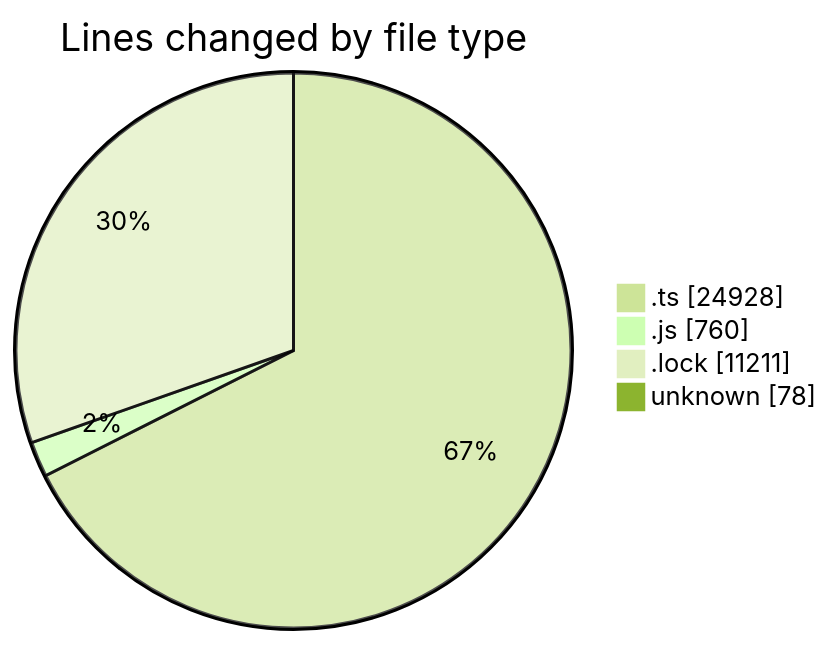
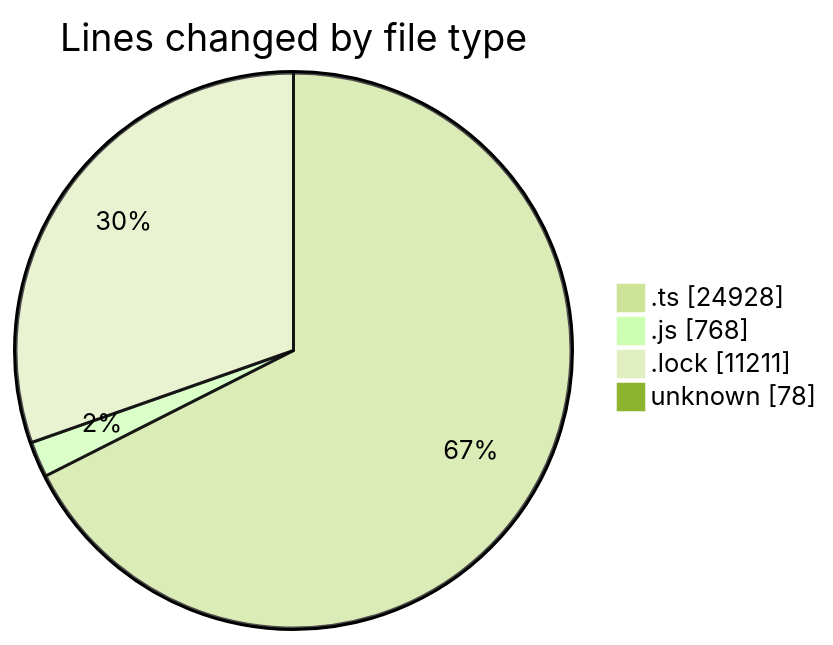
One commit to momahboobian/code-tracking changed the first of 2 diagrams in 2025-05-20/cda/README.md. Above: the diagram before and after it, drawn with Mermaid (forest theme). The commit also changed other lines of this file and 1 other file, not shown here.

````diff
--- a/2025-05-20/cda/README.md
+++ b/2025-05-20/cda/README.md
@@ -36,8 +36,8 @@
 ```mermaid
 pie showData
 title Lines changed by file type
 ".ts" : 24928
-".js" : 760
+".js" : 768
 ".lock" : 11211
 "unknown" : 78
 ```
````
